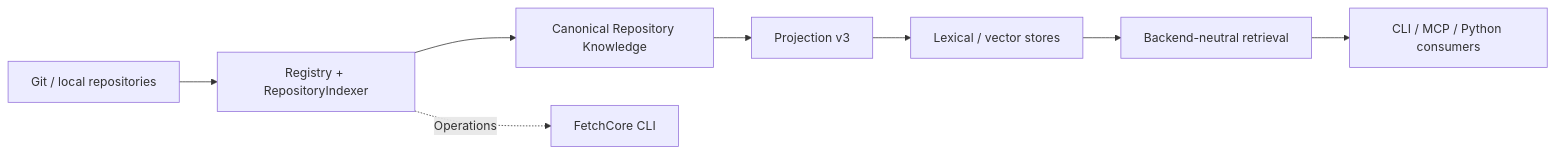
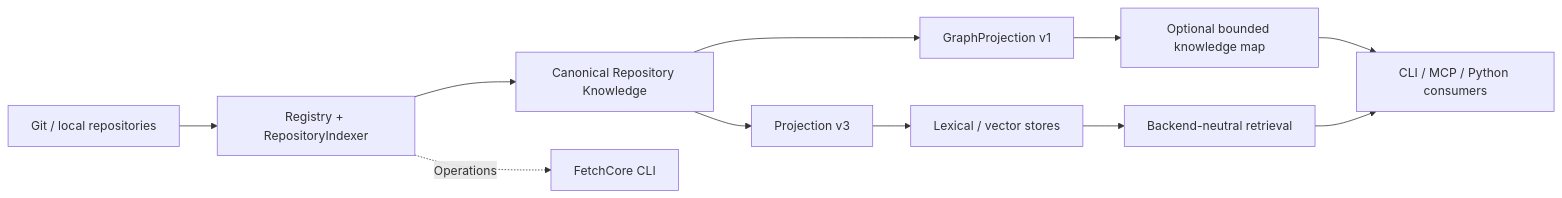
The diagram in README.md (oalangomes/fetchcore), drawn with Mermaid before and after one commit. The commit also changed other lines of this file and 37 other files, not shown here.

First line of the commit message:
feat(graph): GraphProjection v1 — M1/M2/M3 (#30) (#253)

````diff
--- a/README.md
+++ b/README.md
@@ -45,10 +45,13 @@
 ```mermaid
 flowchart LR
     A["Git / local repositories"] --> B["Registry + RepositoryIndexer"]
     B --> C["Canonical Repository Knowledge"]
     C --> D["Projection v3"]
+    C --> I["GraphProjection v1"]
+    I --> J["Optional bounded knowledge map"]
+    J --> G
     D --> E["Lexical / vector stores"]
     E --> F["Backend-neutral retrieval"]
     F --> G["CLI / MCP / Python consumers"]
     B -. "Operations" .-> H["FetchCore CLI"]
 ```
````
